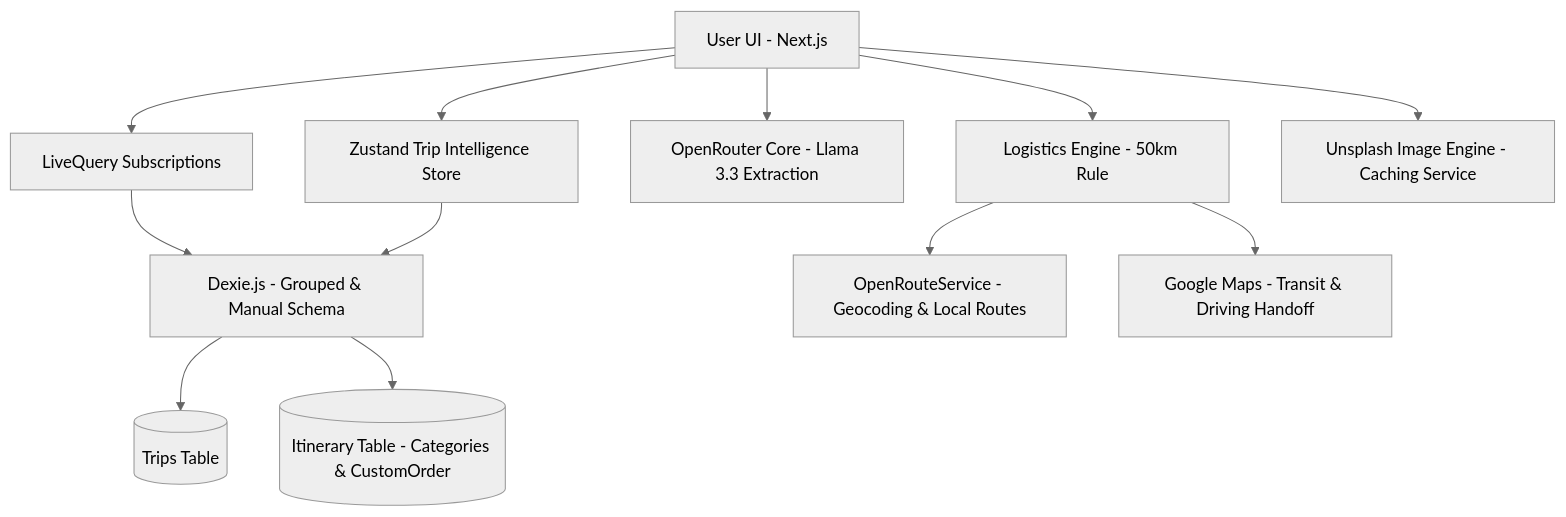
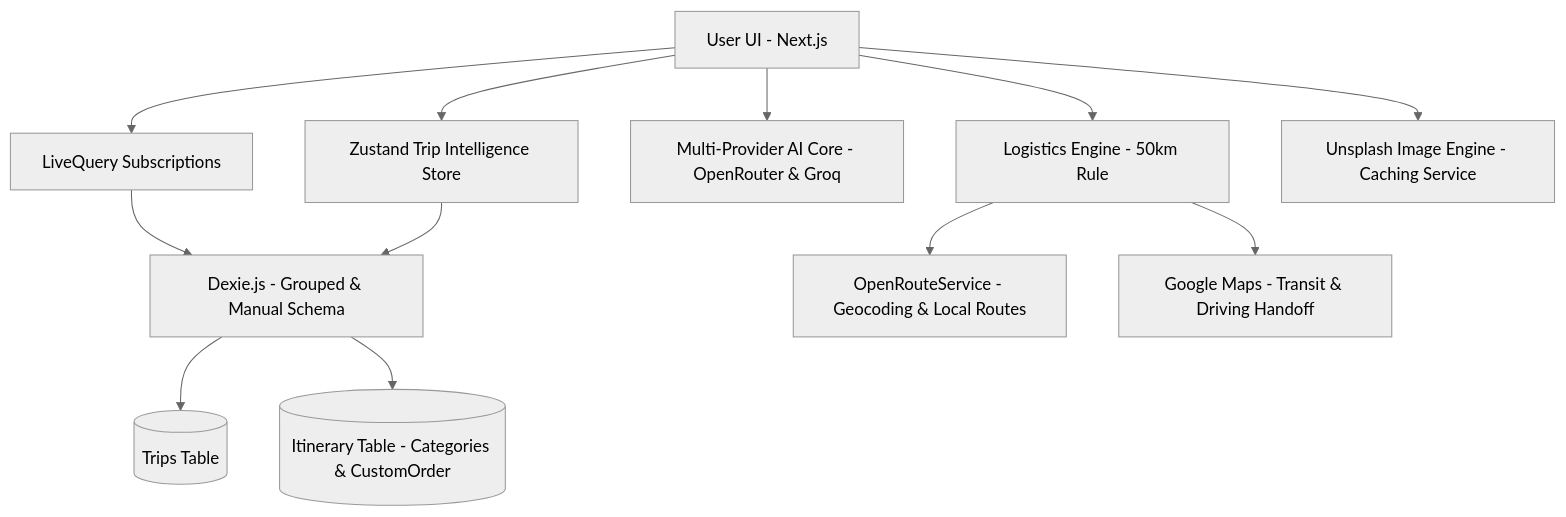
Before and after one commit to strike007-3000/RouteMate: the diagram in README.md, drawn with Mermaid (neutral theme). The commit also changed other lines of this file and 15 other files, not shown here.

First line of the commit message:
feat: complete v3.0.2 architecture hardening, progressive UI, and security patches

````diff
--- a/README.md
+++ b/README.md
@@ -45,14 +45,14 @@
 ```mermaid
 graph TD
     A[User UI - Next.js] --> B[Zustand Trip Intelligence Store]
     A --> J[LiveQuery Subscriptions]
     J --> C[Dexie.js - Grouped & Manual Schema]
     B --> C
     C --> D[(Trips Table)]
     C --> E[(Itinerary Table - Categories & CustomOrder)]
-    A --> F[OpenRouter Core - Llama 3.3 Extraction]
+    A --> F[Multi-Provider AI Core - OpenRouter & Groq]
     A --> G[Logistics Engine - 50km Rule]
     A --> K[Unsplash Image Engine - Caching Service]
     G --> L[OpenRouteService - Geocoding & Local Routes]
     G --> H[Google Maps - Transit & Driving Handoff]
 ```
````
